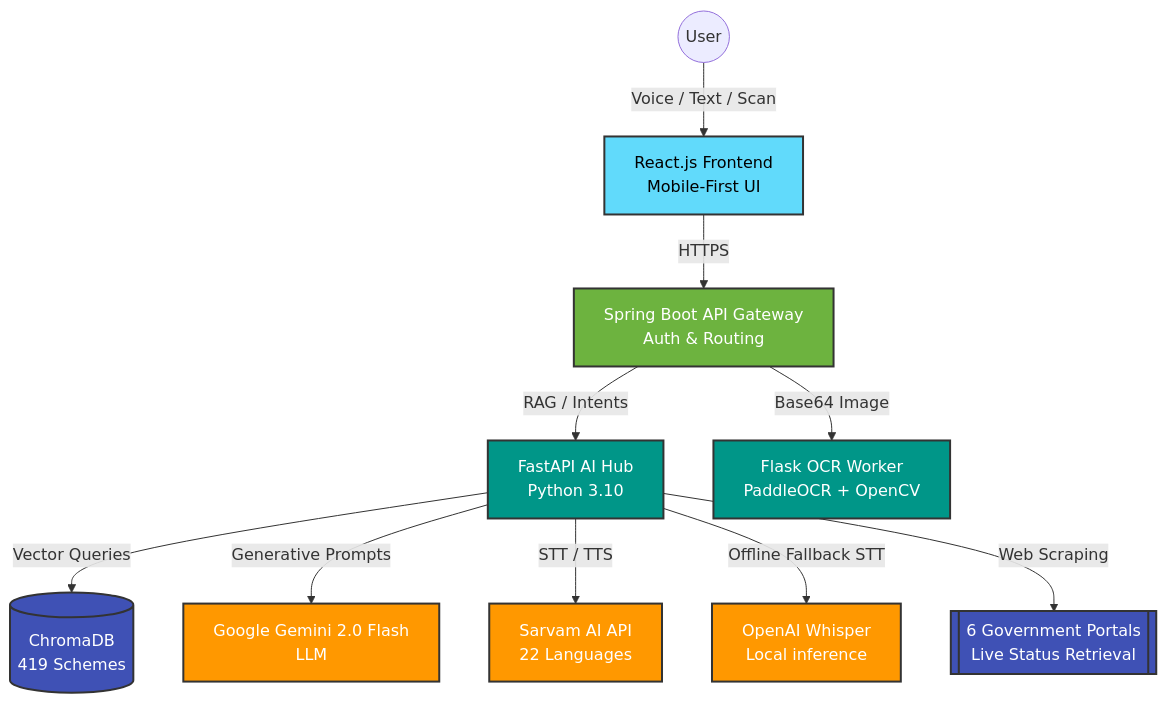
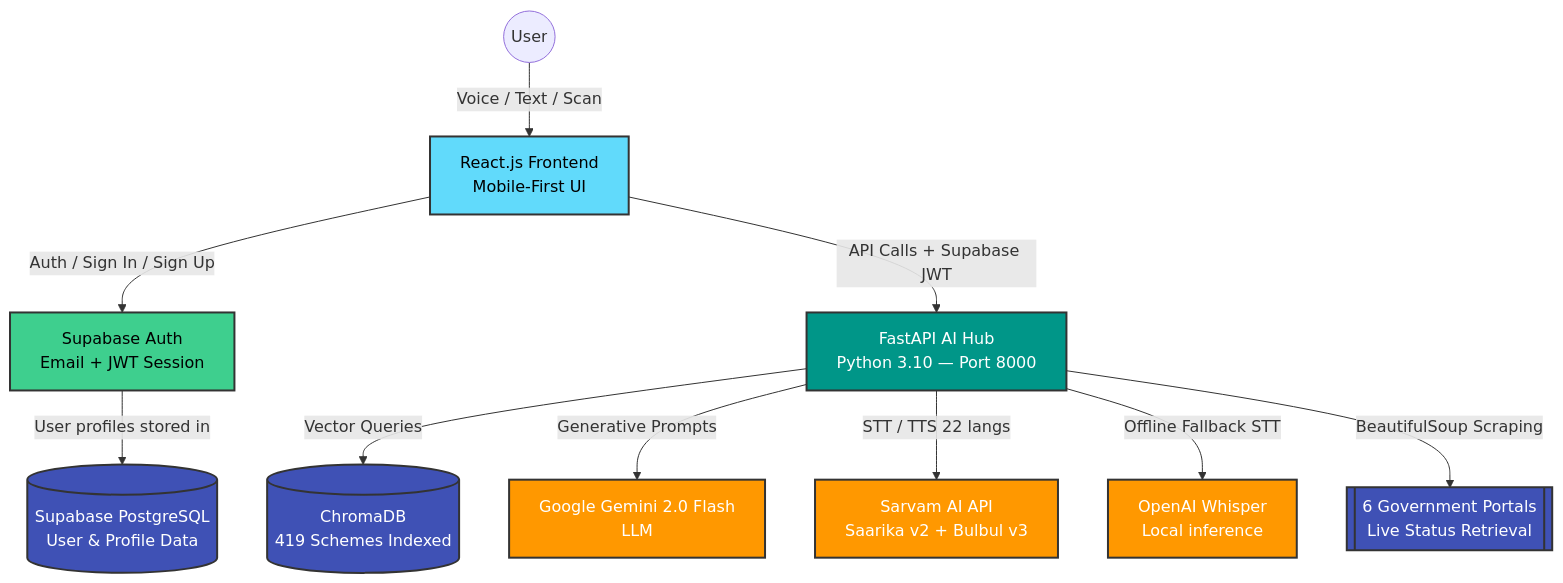
Before and after one commit to RudyMontoo/SchemeSeekers: the diagram in README.md, drawn with Mermaid. The commit also changed other lines of this file, not shown here.

Commit message:
docs: update README to reflect Supabase auth architecture

````diff
--- a/README.md
+++ b/README.md
@@ -54,21 +54,21 @@
 ```mermaid
 graph TD;
-    %% Styling
     classDef frontend fill:#61DAFB,stroke:#333,stroke-width:2px,color:#000;
-    classDef gateway fill:#6DB33F,stroke:#333,stroke-width:2px,color:#fff;
     classDef backend fill:#009688,stroke:#333,stroke-width:2px,color:#fff;
     classDef ai fill:#FF9800,stroke:#333,stroke-width:2px,color:#fff;
     classDef db fill:#3F51B5,stroke:#333,stroke-width:2px,color:#fff;
+    classDef auth fill:#3ECF8E,stroke:#333,stroke-width:2px,color:#000;
 
     User((User)) -->|Voice / Text / Scan| UI[React.js Frontend<br/>Mobile-First UI]:::frontend
-    UI -->|HTTPS| API[Spring Boot API Gateway<br/>Auth & Routing]:::gateway
-    
-    API -->|RAG / Intents| AIHub[FastAPI AI Hub<br/>Python 3.10]:::backend
-    API -->|Base64 Image| OCRWorker[Flask OCR Worker<br/>PaddleOCR + OpenCV]:::backend
-    
-    AIHub -->|Vector Queries| ChromaDB[(ChromaDB<br/>419 Schemes)]:::db
+
+    UI -->|Auth / Sign In / Sign Up| Supabase[Supabase Auth<br/>Email + JWT Session]:::auth
+    Supabase -->|User profiles stored in| SupaDB[(Supabase PostgreSQL<br/>User & Profile Data)]:::db
+
+    UI -->|API Calls + Supabase JWT| AIHub[FastAPI AI Hub<br/>Python 3.10 — Port 8000]:::backend
+
+    AIHub -->|Vector Queries| ChromaDB[(ChromaDB<br/>419 Schemes Indexed)]:::db
     AIHub -->|Generative Prompts| Gemini[Google Gemini 2.0 Flash<br/>LLM]:::ai
-    AIHub -->|STT / TTS| Sarvam[Sarvam AI API<br/>22 Languages]:::ai
+    AIHub -->|STT / TTS 22 langs| Sarvam[Sarvam AI API<br/>Saarika v2 + Bulbul v3]:::ai
     AIHub -->|Offline Fallback STT| Whisper[OpenAI Whisper<br/>Local inference]:::ai
-    AIHub -->|Web Scraping| GovtPortals[[6 Government Portals<br/>Live Status Retrieval]]:::db
+    AIHub -->|BeautifulSoup Scraping| GovtPortals[[6 Government Portals<br/>Live Status Retrieval]]:::db
 ```
````
